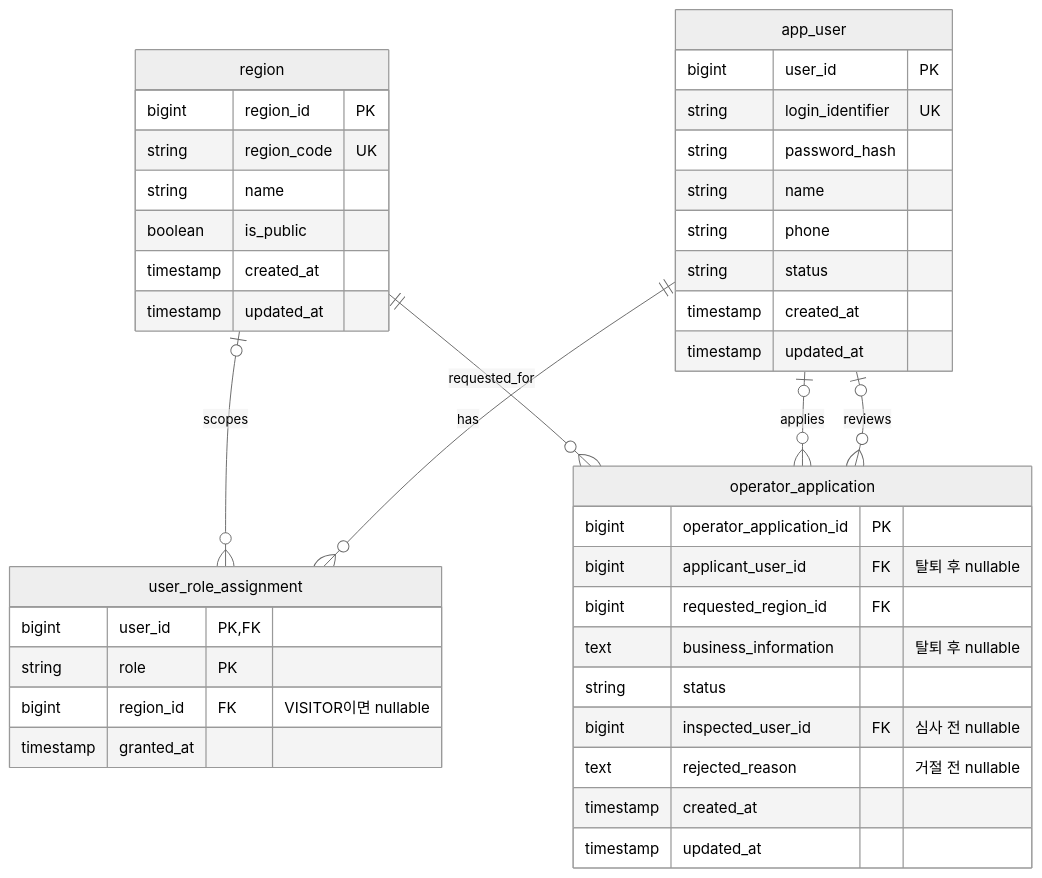
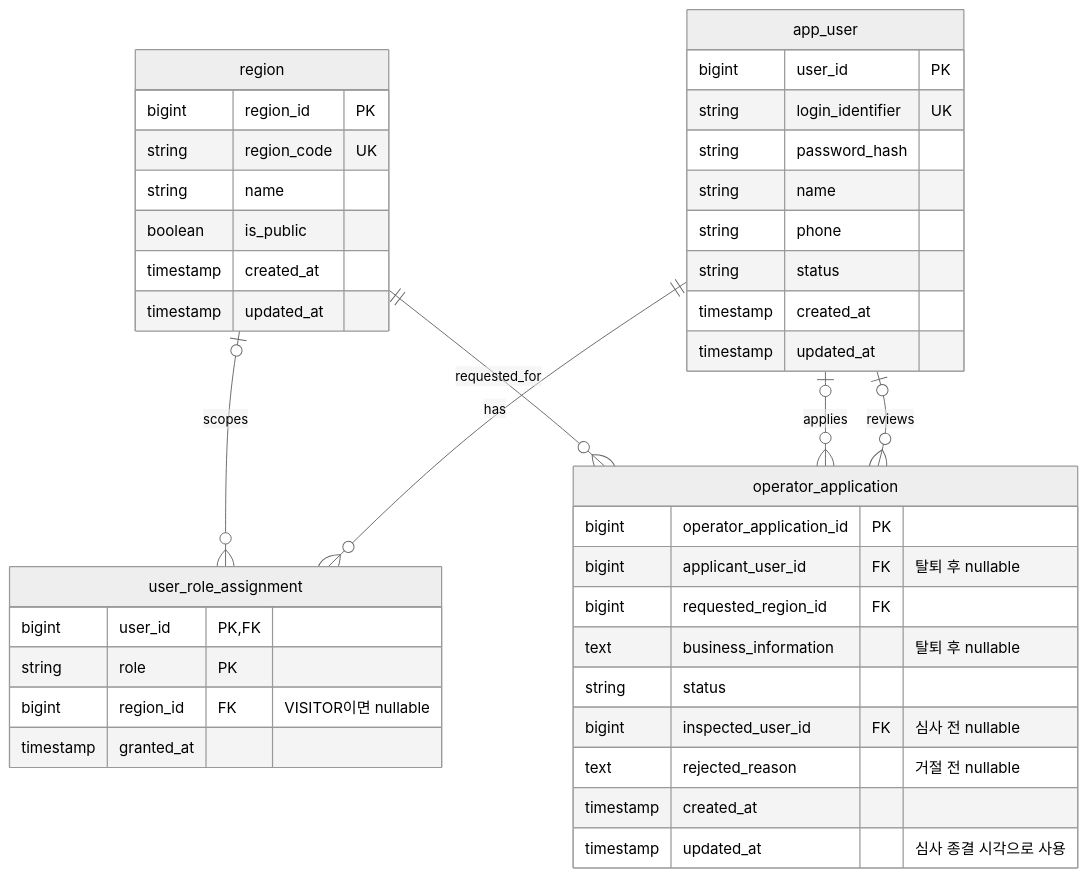
Before and after one commit to Gimhae-Yay/Regional-Event-Platform-Backend: the second of 5 diagrams in docs/erd.md, drawn with Mermaid (neutral theme). The commit also changed other lines of this file and 1 other file, not shown here.

Commit message:
docs: 운영자 신청 심사 시각을 명시한다

````diff
--- a/docs/erd.md
+++ b/docs/erd.md
@@ -213,47 +213,47 @@
 ```mermaid
 erDiagram
     region {
         bigint region_id PK
         string region_code UK
         string name
         boolean is_public
         timestamp created_at
         timestamp updated_at
     }
 
     app_user {
         bigint user_id PK
         string login_identifier UK
         string password_hash
         string name
         string phone
         string status
         timestamp created_at
         timestamp updated_at
     }
 
     user_role_assignment {
         bigint user_id PK, FK
         string role PK
         bigint region_id FK "VISITOR이면 nullable"
         timestamp granted_at
     }
 
     operator_application {
         bigint operator_application_id PK
         bigint applicant_user_id FK "탈퇴 후 nullable"
         bigint requested_region_id FK
         text business_information "탈퇴 후 nullable"
         string status
         bigint inspected_user_id FK "심사 전 nullable"
         text rejected_reason "거절 전 nullable"
         timestamp created_at
-        timestamp updated_at
+        timestamp updated_at "심사 종결 시각으로 사용"
     }
 
     region o|--o{ user_role_assignment : scopes
     app_user ||--o{ user_role_assignment : has
     region ||--o{ operator_application : requested_for
     app_user o|--o{ operator_application : applies
     app_user o|--o{ operator_application : reviews
 ```
````
